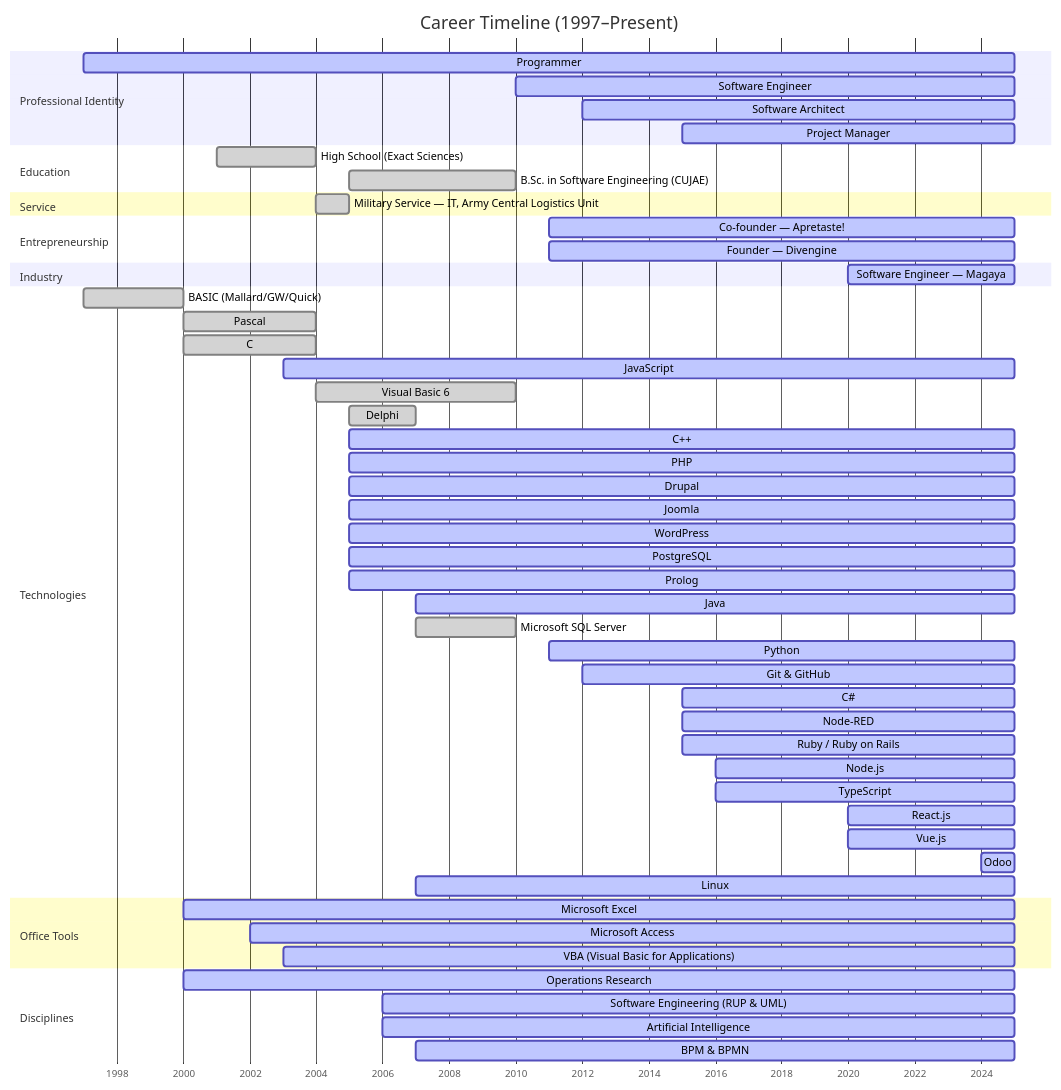
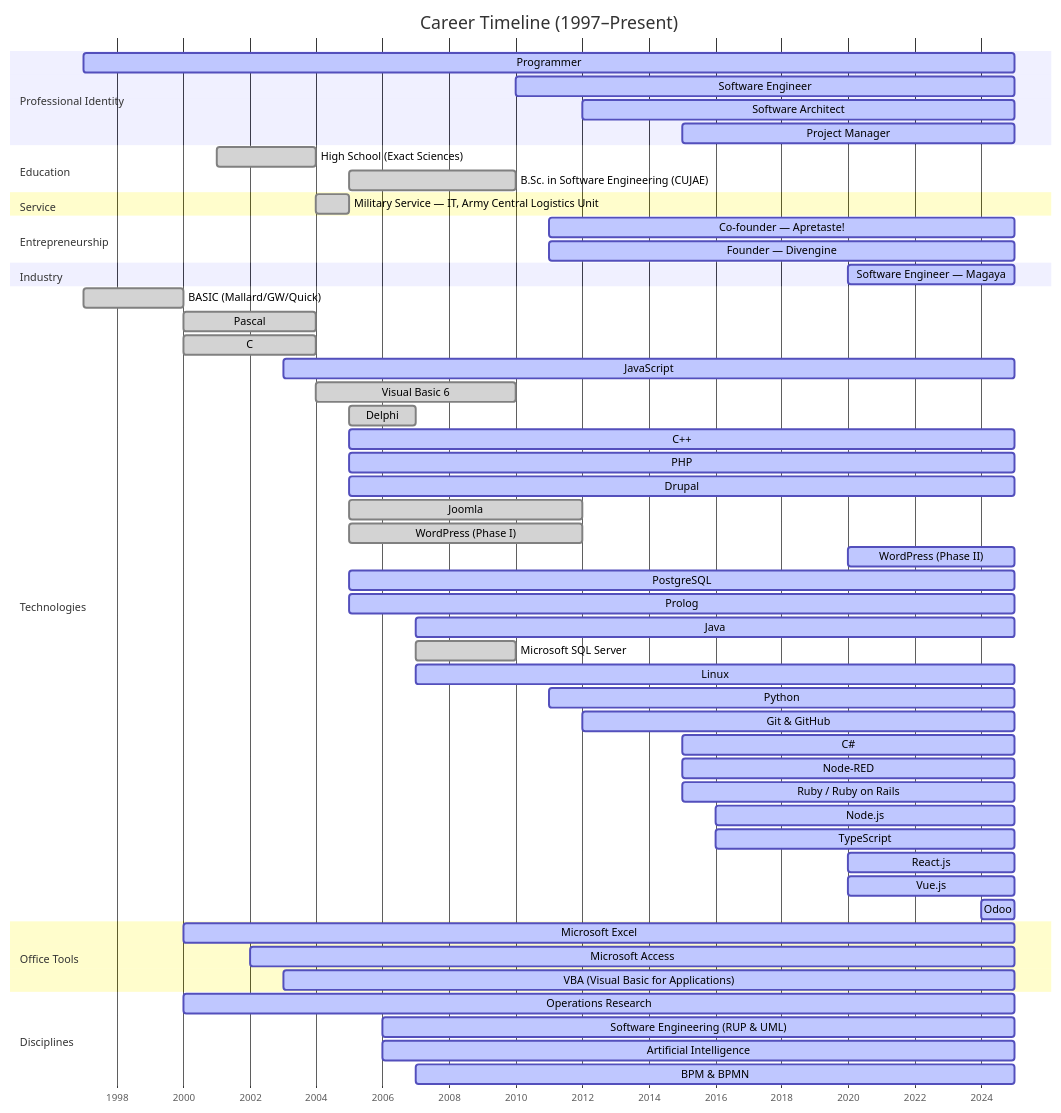
One commit to rafageist/rafageist changed the diagram in README.md. Above: the diagram before and after it, drawn with Mermaid.

````diff
--- a/README.md
+++ b/README.md
@@ -25,66 +25,67 @@
 ```mermaid
 gantt
   dateFormat  YYYY
   axisFormat  %Y
   title  Career Timeline (1997–Present)
   todayMarker on
 
   section Professional Identity
   Programmer                                :active, se, 1997, 2025
   Software Engineer                         :active, se, 2010, 2025
   Software Architect                        :active, sa, 2012, 2025
   Project Manager                           :active, pm, 2015, 2025
 
   section Education
   High School (Exact Sciences)              :done,  hs, 2001, 2004
   B.Sc. in Software Engineering (CUJAE)     :done,  bs, 2005, 2010
 
   section Service
   Military Service — IT, Army Central Logistics Unit :done, mil, 2004, 2005
 
   section Entrepreneurship
   Co-founder — Apretaste!                   :active, ap, 2011, 2025
   Founder — Divengine                       :active, de, 2011, 2025
 
   section Industry
   Software Engineer — Magaya                :active, mg, 2020, 2025
 
   section Technologies
   BASIC (Mallard/GW/Quick)                  :done,   bas, 1997, 2000
   Pascal                                    :done,   pas, 2000, 2004
   C                                         :done,   c,   2000, 2004
   JavaScript                                :active, js,  2003, 2025
   Visual Basic 6                            :done,   vb6, 2004, 2010
   Delphi                                    :done,   del, 2005, 2007
   C++                                       :active, cpp, 2005, 2025
   PHP                                       :active, php, 2005, 2025
   Drupal                                    :active, drp, 2005, 2025
-  Joomla                                    :active, jml, 2005, 2025
-  WordPress                                 :active, wp,  2005, 2025
+  Joomla                                    :done,   jml, 2005, 2012
+  WordPress (Phase I)                       :done,   wp1, 2005, 2012
+  WordPress (Phase II)                      :active, wp2, 2020, 2025
   PostgreSQL                                :active, pg,  2005, 2025
   Prolog                                    :active, pl,  2005, 2025
   Java                                      :active, jav, 2007, 2025
   Microsoft SQL Server                      :done,   mss, 2007, 2010
+  Linux                                     :active, lin, 2007, 2025
   Python                                    :active, py,  2011, 2025
   Git & GitHub                              :active, git, 2012, 2025
   C#                                        :active, cs,  2015, 2025
   Node-RED                                  :active, nrd, 2015, 2025
   Ruby / Ruby on Rails                      :active, rb,  2015, 2025
   Node.js                                   :active, ndj, 2016, 2025
   TypeScript                                :active, ts,  2016, 2025
   React.js                                  :active, rjs, 2020, 2025
   Vue.js                                    :active, vjs, 2020, 2025
   Odoo                                      :active, odd, 2024, 2025
-  Linux                                     :active, lin, 2007, 2025
 
   section Office Tools
   Microsoft Excel                           :active, xls, 2000, 2025
   Microsoft Access                          :active, acc, 2002, 2025
   VBA (Visual Basic for Applications)       :active, vba, 2003, 2025
 
   section Disciplines
   Operations Research                       :active, or,  2000, 2025
   Software Engineering (RUP & UML)          :active, rup, 2006, 2025
   Artificial Intelligence                   :active, ai,  2006, 2025
   BPM & BPMN                                :active, bpm, 2007, 2025
 ```
````
